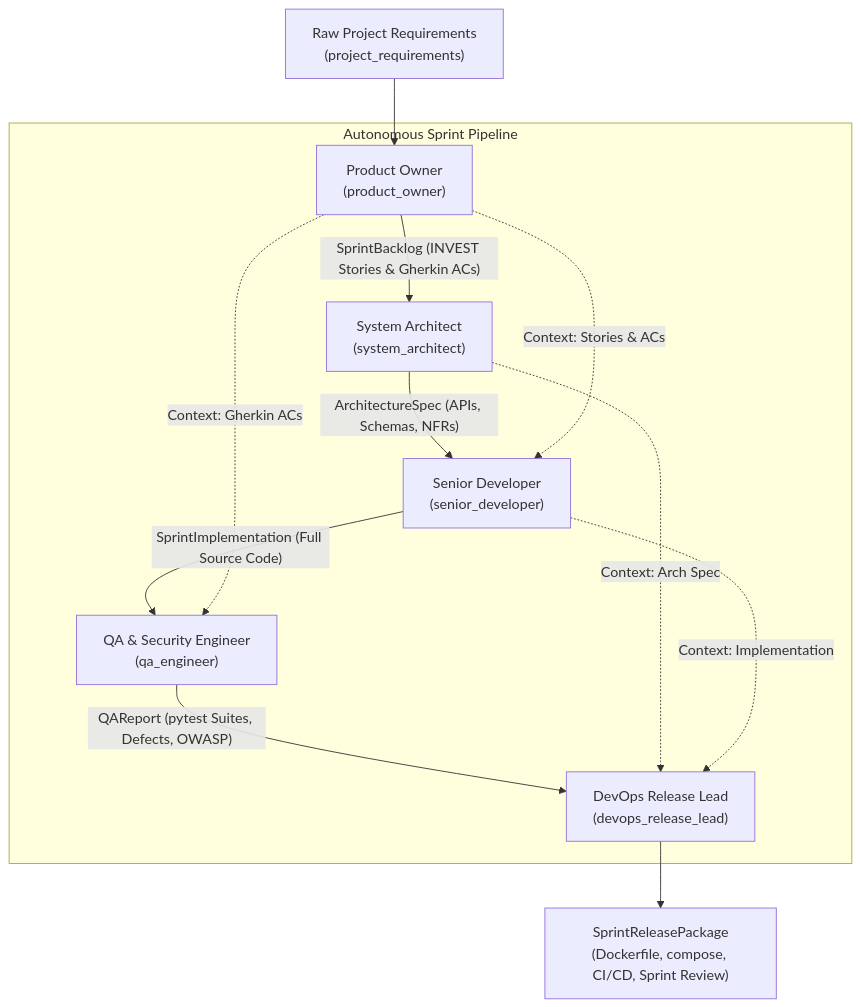
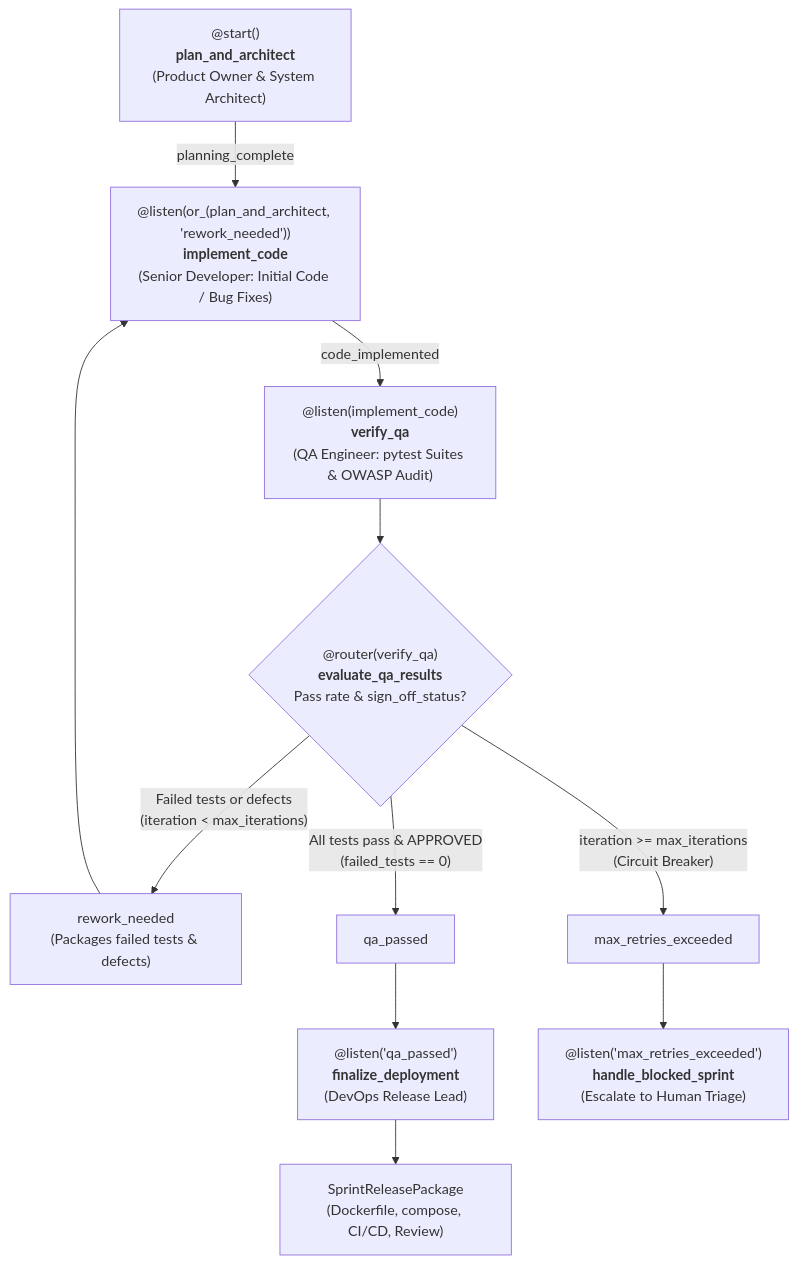
Before and after one commit to kyawagwin/agents: the diagram in README.md, drawn with Mermaid. The commit also changed other lines of this file and 4 other files, not shown here.

Commit message:
feat: add CrewAI Flow orchestration for iterative agile sprint and QA rework loop

````diff
--- a/README.md
+++ b/README.md
@@ -18,17 +18,23 @@
 ```mermaid
 flowchart TD
-    Req["Raw Project Requirements<br/>(project_requirements)"] --> PO
+    Start["@start()<br/><b>plan_and_architect</b><br/>(Product Owner & System Architect)"]
+    Start -->|"planning_complete"| Dev
 
-    subgraph SprintLifecycle ["Autonomous Sprint Pipeline"]
-        PO["Product Owner<br/>(product_owner)"] -->|"SprintBacklog (INVEST Stories & Gherkin ACs)"| SA["System Architect<br/>(system_architect)"]
-        SA -->|"ArchitectureSpec (APIs, Schemas, NFRs)"| DEV["Senior Developer<br/>(senior_developer)"]
-        PO -.->|"Context: Stories & ACs"| DEV
-        DEV -->|"SprintImplementation (Full Source Code)"| QA["QA & Security Engineer<br/>(qa_engineer)"]
-        PO -.->|"Context: Gherkin ACs"| QA
-        QA -->|"QAReport (pytest Suites, Defects, OWASP)"| DO["DevOps Release Lead<br/>(devops_release_lead)"]
-        SA -.->|"Context: Arch Spec"| DO
-        DEV -.->|"Context: Implementation"| DO
-    end
+    Dev["@listen(or_(plan_and_architect, 'rework_needed'))<br/><b>implement_code</b><br/>(Senior Developer: Initial Code / Bug Fixes)"]
+    Dev -->|"code_implemented"| QA
 
-    DO --> Out["SprintReleasePackage<br/>(Dockerfile, compose, CI/CD, Sprint Review)"]
+    QA["@listen(implement_code)<br/><b>verify_qa</b><br/>(QA Engineer: pytest Suites & OWASP Audit)"]
+    QA --> Router
+
+    Router{"@router(verify_qa)<br/><b>evaluate_qa_results</b><br/>Pass rate & sign_off_status?"}
+    
+    Router -->|"Failed tests or defects<br/>(iteration < max_iterations)"| Rework["rework_needed<br/>(Packages failed tests & defects)"]
+    Rework --> Dev
+
+    Router -->|"All tests pass & APPROVED<br/>(failed_tests == 0)"| Passed["qa_passed"]
+    Passed --> Deploy["@listen('qa_passed')<br/><b>finalize_deployment</b><br/>(DevOps Release Lead)"]
+    Deploy --> Release["SprintReleasePackage<br/>(Dockerfile, compose, CI/CD, Review)"]
+
+    Router -->|"iteration >= max_iterations<br/>(Circuit Breaker)"| Halt["max_retries_exceeded"]
+    Halt --> Escalate["@listen('max_retries_exceeded')<br/><b>handle_blocked_sprint</b><br/>(Escalate to Human Triage)"]
 ```
````
